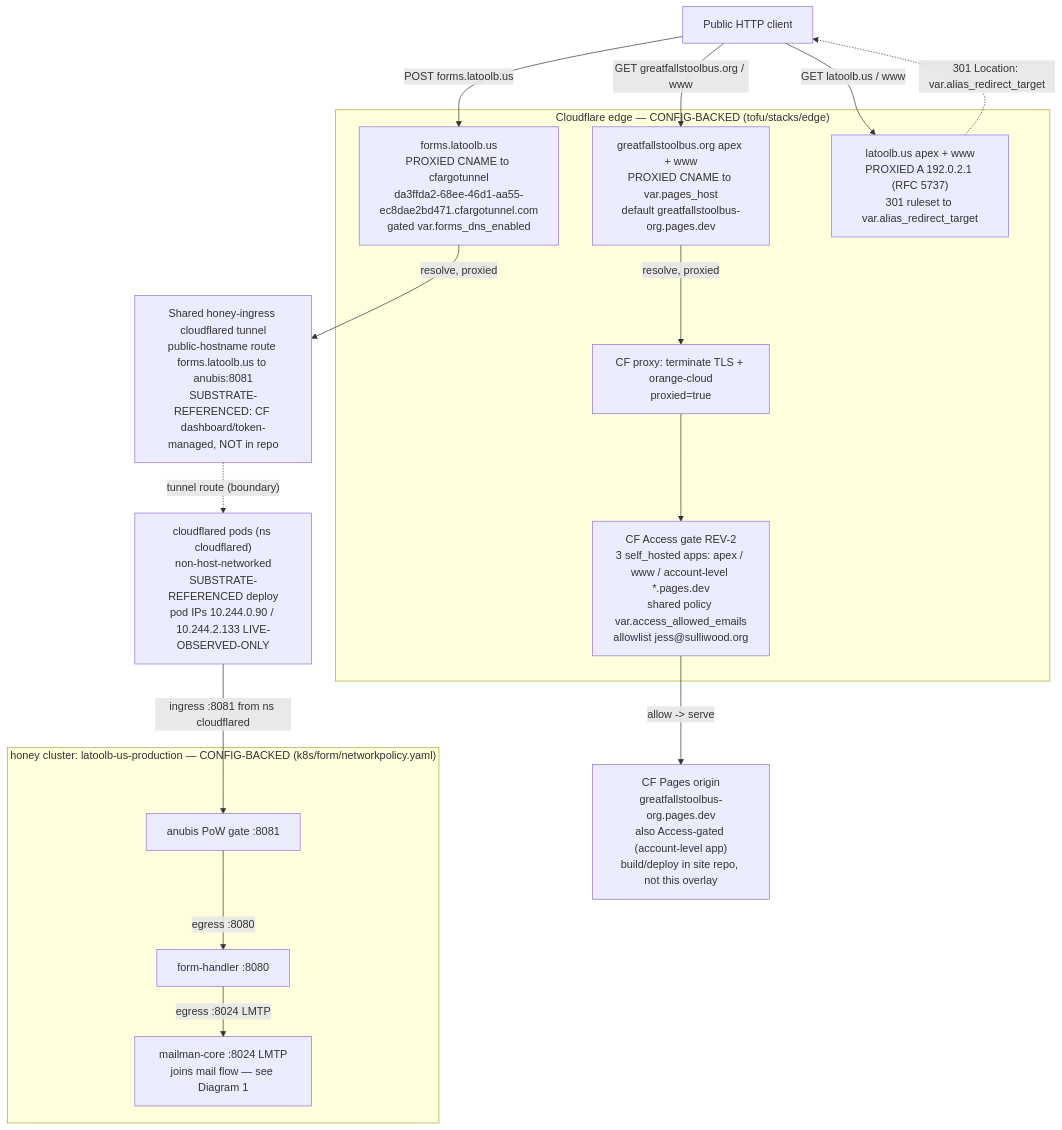
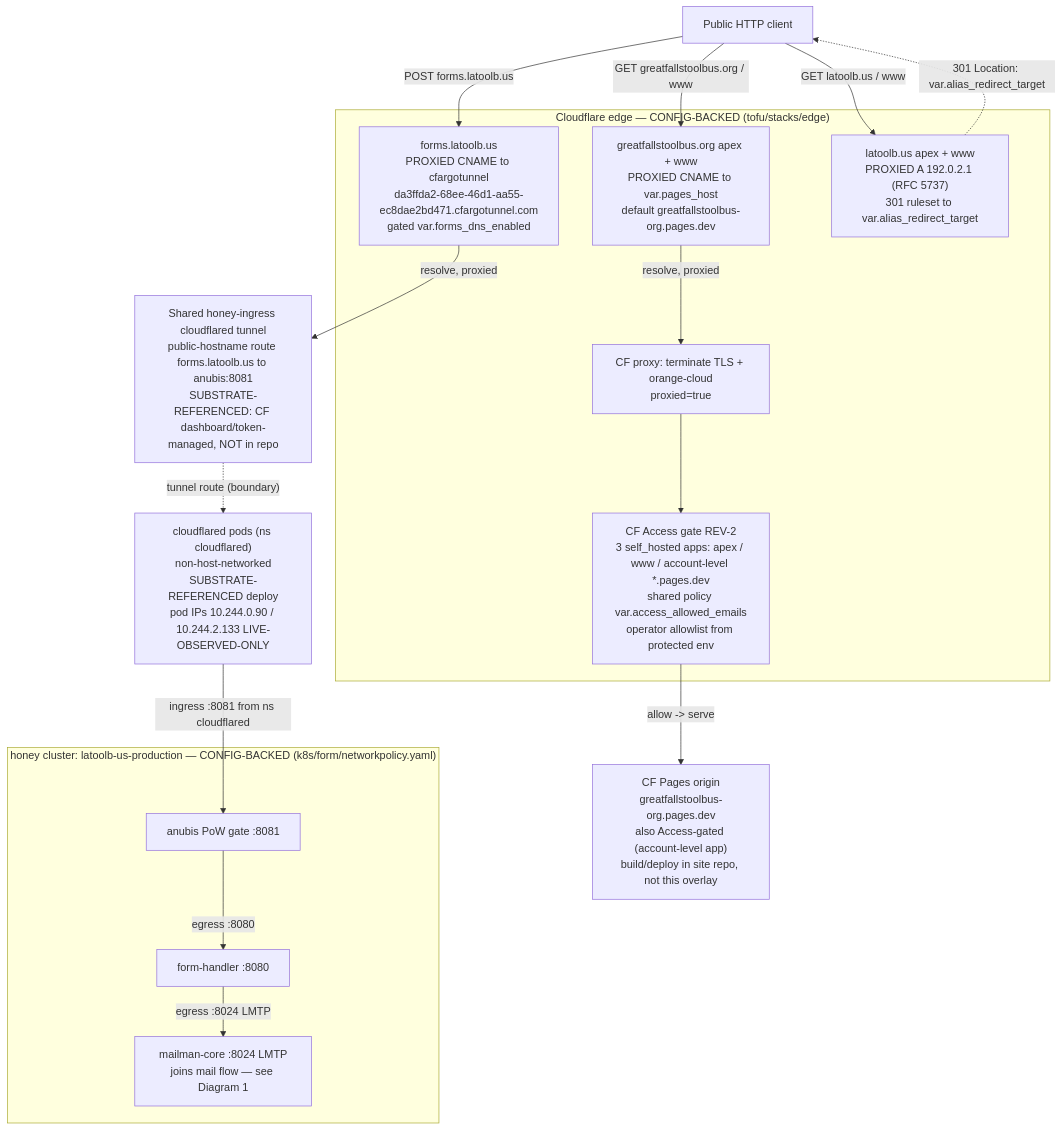
One commit to Great-Falls-Tool-Bus/great-falls-tool-bus-infra changed the fifth of 5 diagrams in docs/architecture/diagrams.md. Above: the diagram before and after it, drawn with Mermaid. The commit also changed other lines of this file and 34 other files, not shown here.

````diff
--- a/docs/architecture/diagrams.md
+++ b/docs/architecture/diagrams.md
@@ -263,39 +264,39 @@
 ```mermaid
 flowchart TD
     client["Public HTTP client"]
 
     subgraph cf["Cloudflare edge — CONFIG-BACKED (tofu/stacks/edge)"]
         webdns["greatfallstoolbus.org apex + www<br/>PROXIED CNAME to var.pages_host<br/>default greatfallstoolbus-org.pages.dev"]
         proxy["CF proxy: terminate TLS + orange-cloud<br/>proxied=true"]
-        access["CF Access gate REV-2<br/>3 self_hosted apps: apex / www / account-level *.pages.dev<br/>shared policy var.access_allowed_emails<br/>allowlist jess@sulliwood.org"]
+        access["CF Access gate REV-2<br/>3 self_hosted apps: apex / www / account-level *.pages.dev<br/>shared policy var.access_allowed_emails<br/>operator allowlist from protected env"]
         formsdns["forms.latoolb.us<br/>PROXIED CNAME to cfargotunnel<br/>da3ffda2-68ee-46d1-aa55-ec8dae2bd471.cfargotunnel.com<br/>gated var.forms_dns_enabled"]
         aliasdns["latoolb.us apex + www<br/>PROXIED A 192.0.2.1 (RFC 5737)<br/>301 ruleset to var.alias_redirect_target"]
     end
 
     pages["CF Pages origin<br/>greatfallstoolbus-org.pages.dev<br/>also Access-gated (account-level app)<br/>build/deploy in site repo, not this overlay"]
 
     tunnel["Shared honey-ingress cloudflared tunnel<br/>public-hostname route forms.latoolb.us to anubis:8081<br/>SUBSTRATE-REFERENCED: CF dashboard/token-managed, NOT in repo"]
 
     cfd["cloudflared pods (ns cloudflared)<br/>non-host-networked<br/>SUBSTRATE-REFERENCED deploy<br/>pod IPs 10.244.0.90 / 10.244.2.133 LIVE-OBSERVED-ONLY"]
 
     subgraph cluster["honey cluster: latoolb-us-production — CONFIG-BACKED (k8s/form/networkpolicy.yaml)"]
         anubis["anubis PoW gate :8081"]
         fh["form-handler :8080"]
         mmc["mailman-core :8024 LMTP<br/>joins mail flow — see Diagram 1"]
     end
 
     client -->|"GET greatfallstoolbus.org / www"| webdns
     webdns -->|"resolve, proxied"| proxy
     proxy --> access
     access -->|"allow -> serve"| pages
 
     client -->|"POST forms.latoolb.us"| formsdns
     formsdns -->|"resolve, proxied"| tunnel
     tunnel -.->|"tunnel route (boundary)"| cfd
     cfd -->|"ingress :8081 from ns cloudflared"| anubis
     anubis -->|"egress :8080"| fh
     fh -->|"egress :8024 LMTP"| mmc
 
     client -->|"GET latoolb.us / www"| aliasdns
     aliasdns -.->|"301 Location: var.alias_redirect_target"| client
 ```
````
